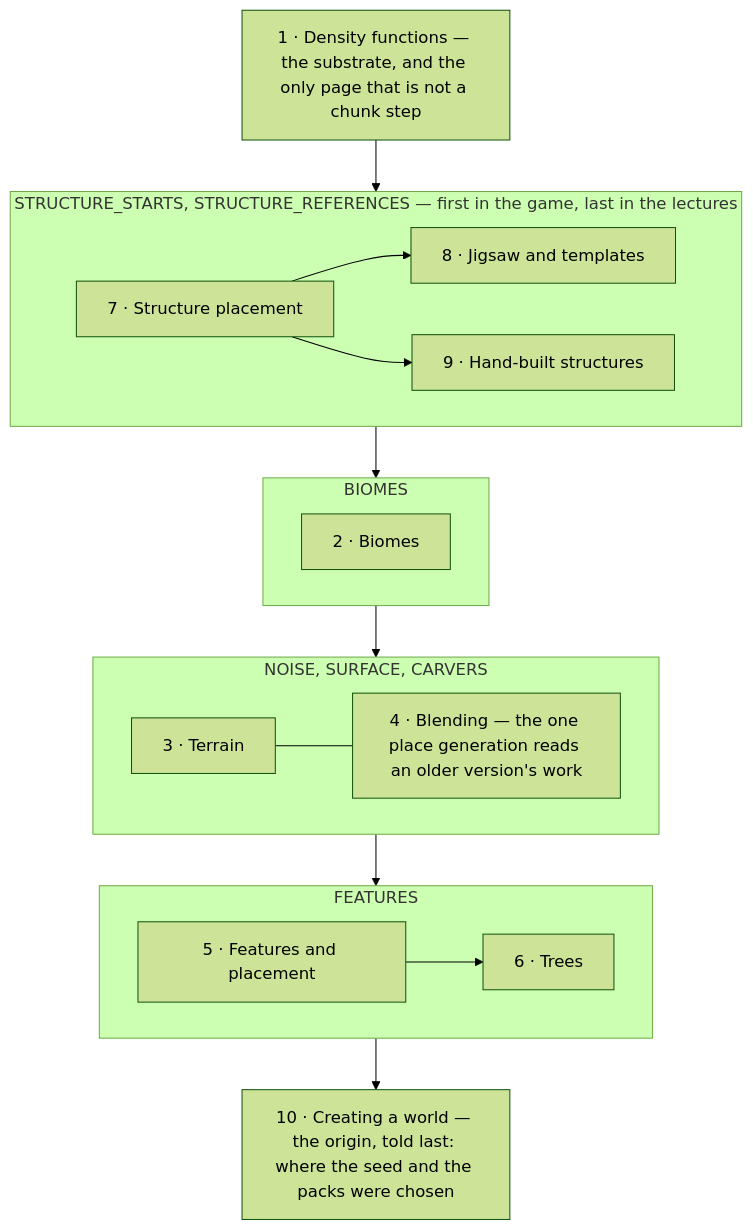
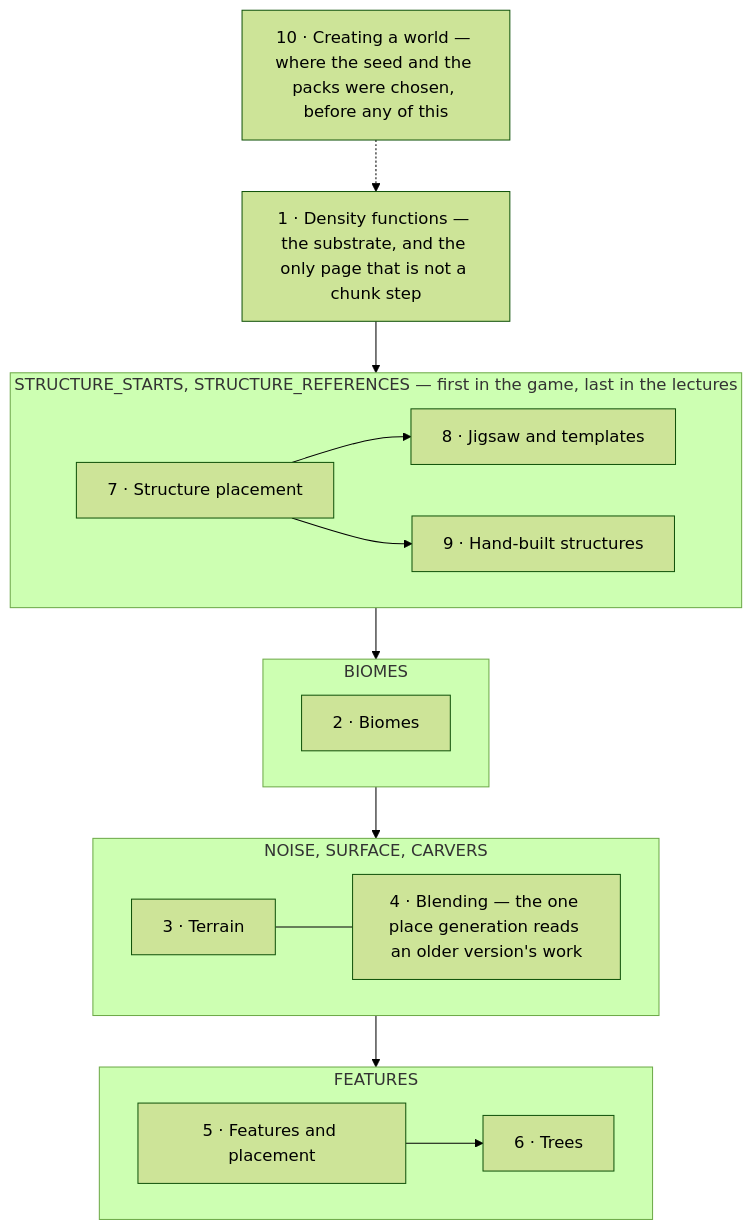
One commit to AlexanderjFraser/MinecraftDocs changed the diagram in src/systems/worldgen/README.md. Above: the diagram before and after it, drawn with Mermaid (forest theme). The commit also changed other lines of this file and 1 other file, not shown here.

First line of the commit message:
pass 4, session L — Part XII: the origin arrow, and the regenerated index

````diff
--- a/src/systems/worldgen/README.md
+++ b/src/systems/worldgen/README.md
@@ -39,24 +39,25 @@
 ```mermaid
 flowchart TB
+    CW["10 · Creating a world — where the seed and the packs were chosen, before any of this"]
+    CW -.-> DF
     DF["1 · Density functions — the substrate, and the only page that is not a chunk step"]
     DF --> SS
     subgraph SS["STRUCTURE_STARTS, STRUCTURE_REFERENCES — first in the game, last in the lectures"]
         direction LR
         S6["7 · Structure placement"] --> S7["8 · Jigsaw and templates"]
         S6 --> S8["9 · Hand-built structures"]
     end
     SS --> BI
     subgraph BI["BIOMES"]
         L2["2 · Biomes"]
     end
     BI --> NO
     subgraph NO["NOISE, SURFACE, CARVERS"]
         L3["3 · Terrain"] --- L3b["4 · Blending — the one place generation reads an older version's work"]
     end
     NO --> FE
     subgraph FE["FEATURES"]
         direction LR
         L4["5 · Features and placement"] --> L5["6 · Trees"]
     end
-    FE --> CW["10 · Creating a world — the origin, told last: where the seed and the packs were chosen"]
 ```
````
